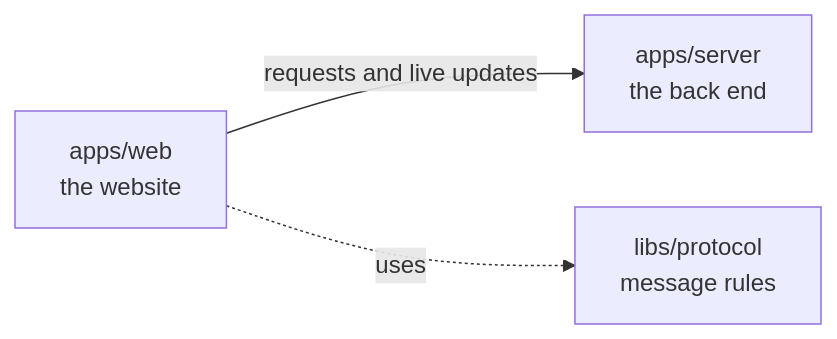
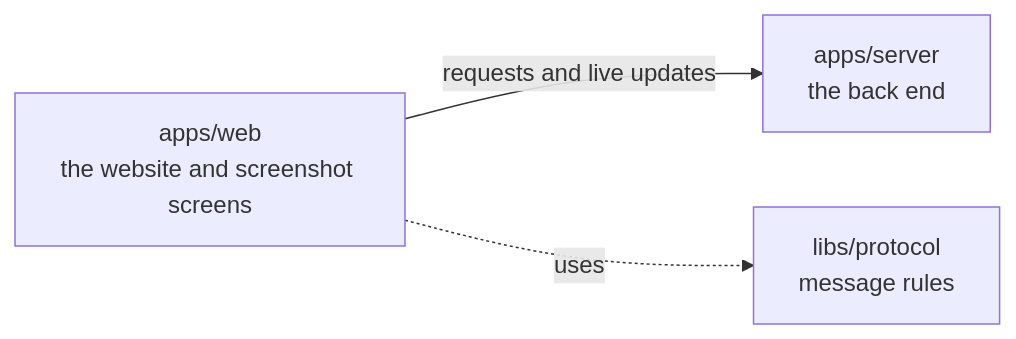
The diagram in apps/web/README.md (elewa-git/opencrane-new), drawn with Mermaid before and after one commit. The commit also changed other lines of this file and 184 other files, not shown here.

````diff
--- a/apps/web/README.md
+++ b/apps/web/README.md
@@ -11,5 +11,5 @@
 ```mermaid
 flowchart LR
-  web["apps/web<br/>the website"] -->|requests and live updates| server["apps/server<br/>the back end"]
+  web["apps/web<br/>the website and screenshot screens"] -->|requests and live updates| server["apps/server<br/>the back end"]
   web -.->|uses| protocol["libs/protocol<br/>message rules"]
 ```
````
